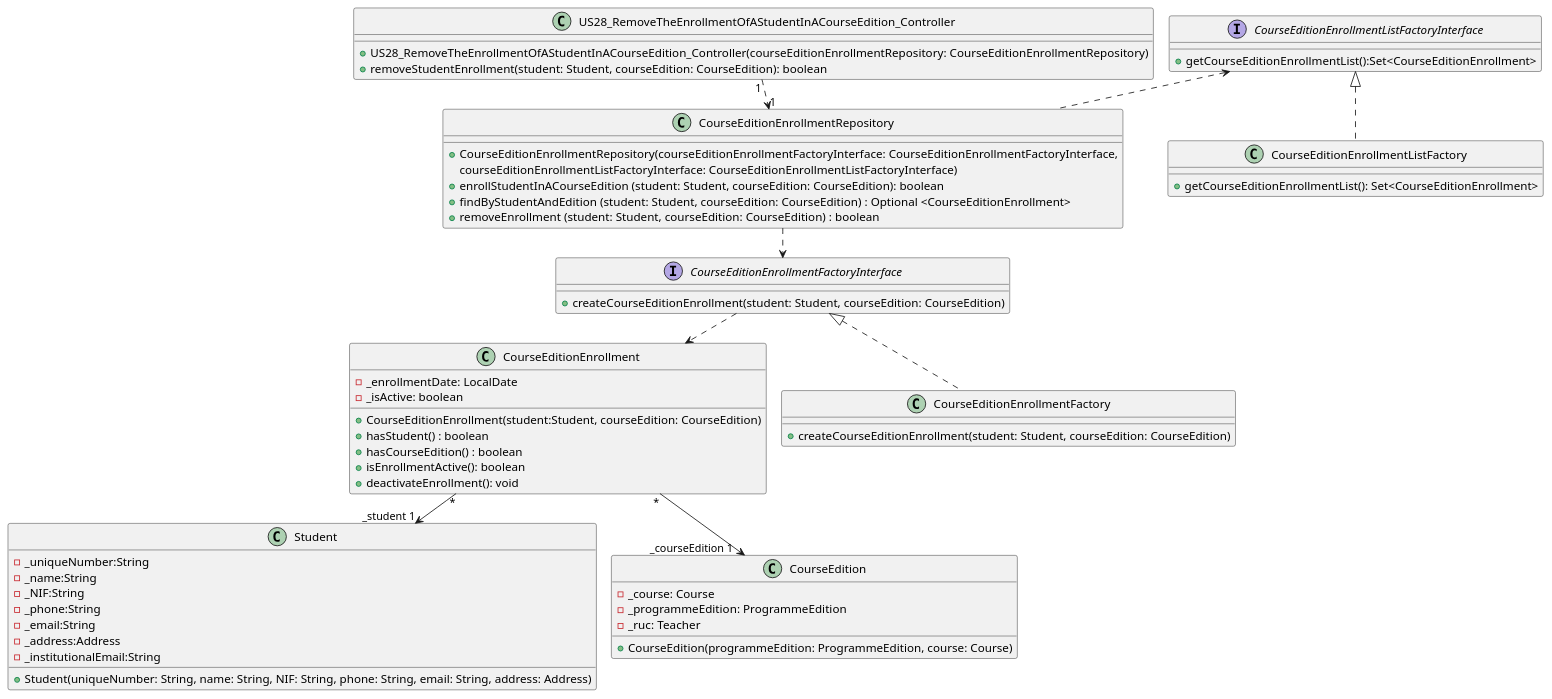
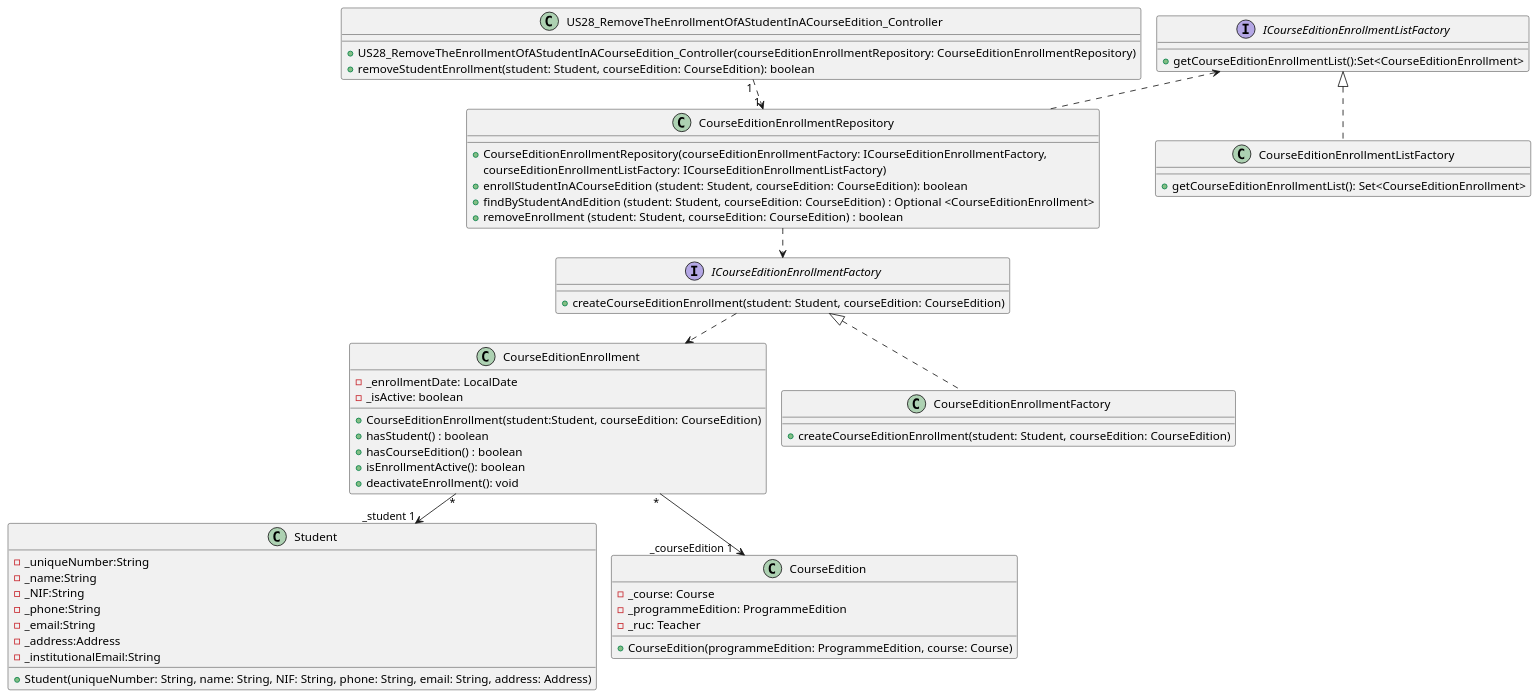
Before and after one commit to GasparISEP/DevOps-PAI: the diagram in docs/US28/US28_RemoveTheEnrollmentOfAStudentInACourseEdition_ClassDiagram.puml, drawn with PlantUML. The commit also changed 1 other file, not shown here.

Commit message:
Fix US28_ClassDiagram and US28_ClassDiagramSimplified

```diff
--- a/docs/US28/US28_RemoveTheEnrollmentOfAStudentInACourseEdition_ClassDiagram.puml
+++ b/docs/US28/US28_RemoveTheEnrollmentOfAStudentInACourseEdition_ClassDiagram.puml
@@ -1,70 +1,70 @@
 @startuml
 !pragma layout smetana
 
 class US28_RemoveTheEnrollmentOfAStudentInACourseEdition_Controller {
     +US28_RemoveTheEnrollmentOfAStudentInACourseEdition_Controller(courseEditionEnrollmentRepository: CourseEditionEnrollmentRepository)
     +removeStudentEnrollment(student: Student, courseEdition: CourseEdition): boolean
 }
 
 class CourseEditionEnrollment {
     -_enrollmentDate: LocalDate
     -_isActive: boolean
     +CourseEditionEnrollment(student:Student, courseEdition: CourseEdition)
     +hasStudent() : boolean
     +hasCourseEdition() : boolean
     +isEnrollmentActive(): boolean
     +deactivateEnrollment(): void
 }
 
 class CourseEditionEnrollmentRepository {
-    +CourseEditionEnrollmentRepository(courseEditionEnrollmentFactoryInterface: CourseEditionEnrollmentFactoryInterface,
-    courseEditionEnrollmentListFactoryInterface: CourseEditionEnrollmentListFactoryInterface)
+    +CourseEditionEnrollmentRepository(courseEditionEnrollmentFactory: ICourseEditionEnrollmentFactory,
+    courseEditionEnrollmentListFactory: ICourseEditionEnrollmentListFactory)
     +enrollStudentInACourseEdition (student: Student, courseEdition: CourseEdition): boolean
     +findByStudentAndEdition (student: Student, courseEdition: CourseEdition) : Optional <CourseEditionEnrollment>
     +removeEnrollment (student: Student, courseEdition: CourseEdition) : boolean
 }
 
 class Student {
     -_uniqueNumber:String
     -_name:String
     -_NIF:String
     -_phone:String
     -_email:String
     -_address:Address
     -_institutionalEmail:String
     +Student(uniqueNumber: String, name: String, NIF: String, phone: String, email: String, address: Address)
 }
 
 class CourseEdition {
     -_course: Course
     -_programmeEdition: ProgrammeEdition
     -_ruc: Teacher
     +CourseEdition(programmeEdition: ProgrammeEdition, course: Course)
 }
 
 class CourseEditionEnrollmentFactory {
     +createCourseEditionEnrollment(student: Student, courseEdition: CourseEdition)
 }
 
 class CourseEditionEnrollmentListFactory{
 +getCourseEditionEnrollmentList(): Set<CourseEditionEnrollment>
 }
 
-interface CourseEditionEnrollmentFactoryInterface{
+interface ICourseEditionEnrollmentFactory{
     +createCourseEditionEnrollment(student: Student, courseEdition: CourseEdition)
 }
-interface CourseEditionEnrollmentListFactoryInterface{
+interface ICourseEditionEnrollmentListFactory{
 +getCourseEditionEnrollmentList():Set<CourseEditionEnrollment>
 }
 
 
 CourseEditionEnrollment "*" --> "_student 1" Student
 CourseEditionEnrollment "*" --> "_courseEdition 1    " CourseEdition
 US28_RemoveTheEnrollmentOfAStudentInACourseEdition_Controller "1" ..> "1 " CourseEditionEnrollmentRepository
-CourseEditionEnrollmentFactoryInterface  <|..  CourseEditionEnrollmentFactory
-CourseEditionEnrollmentListFactoryInterface  <|..  CourseEditionEnrollmentListFactory
-CourseEditionEnrollmentRepository ..> CourseEditionEnrollmentFactoryInterface
-CourseEditionEnrollmentFactoryInterface ..> CourseEditionEnrollment
-CourseEditionEnrollmentRepository .u.> CourseEditionEnrollmentListFactoryInterface
+ICourseEditionEnrollmentFactory  <|..  CourseEditionEnrollmentFactory
+ICourseEditionEnrollmentListFactory  <|..  CourseEditionEnrollmentListFactory
+CourseEditionEnrollmentRepository ..> ICourseEditionEnrollmentFactory
+ICourseEditionEnrollmentFactory ..> CourseEditionEnrollment
+CourseEditionEnrollmentRepository .u.> ICourseEditionEnrollmentListFactory
 
 @enduml
```
